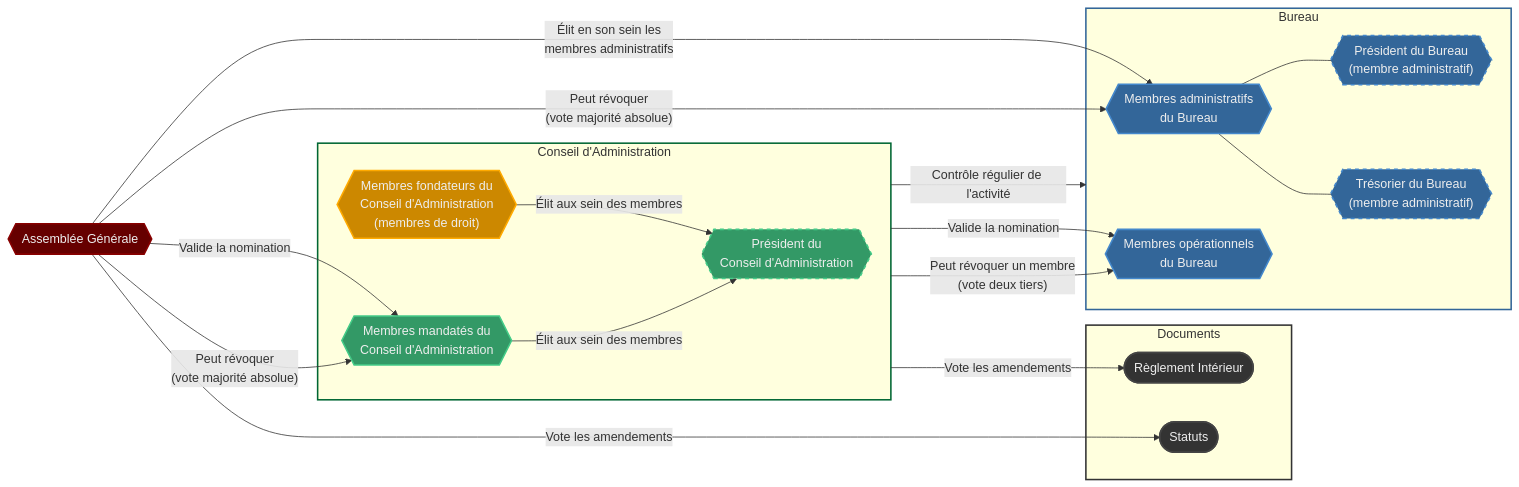
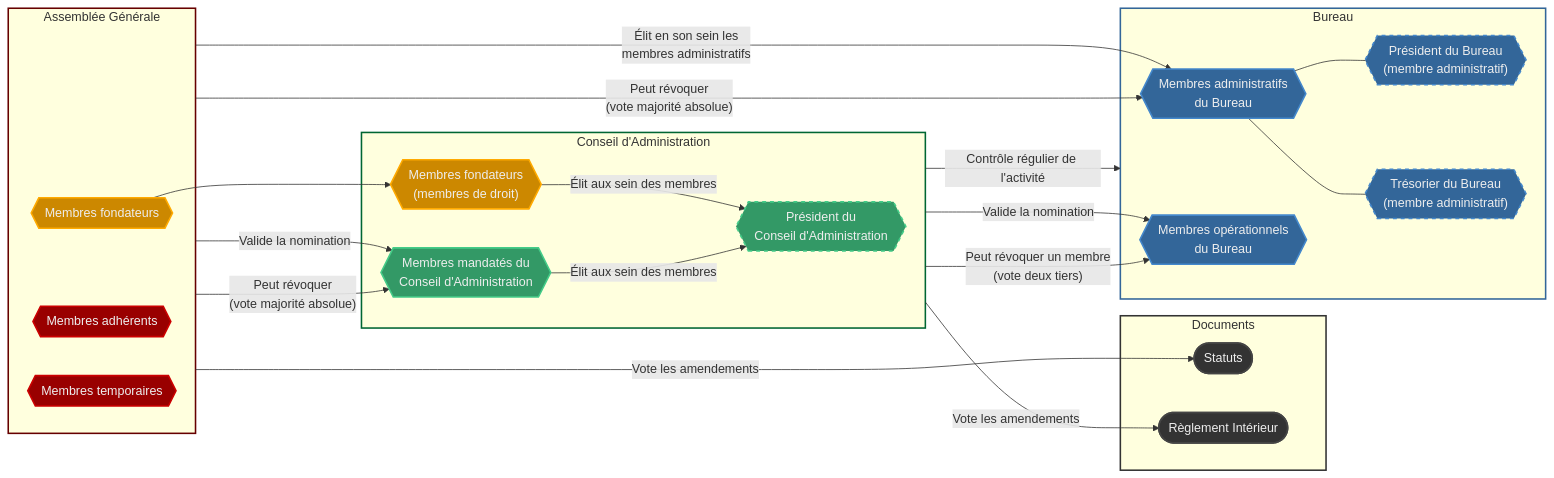
Before and after one commit to matiboux/FluffEvent-association-documents: the diagram in Instances.md, drawn with Mermaid.

Commit message:
Add member types in Instances graph

```diff
--- a/Instances.md
+++ b/Instances.md
@@ -4,6 +4,9 @@
 graph LR
 
 AG{{"Assemblée Générale"}}
+AGF{{"Membres fondateurs"}}
+AGA{{"Membres adhérents"}}
+AGT{{"Membres temporaires"}}
 
 BU{{"Bureau"}}
 BUA{{"Membres administratifs<br>du Bureau"}}
@@ -13,11 +16,17 @@
 
 CA{{"Conseil d'Administration"}}
 CAP{{"Président du<br>Conseil d'Administration"}}
-CAF{{"Membres fondateurs du<br>Conseil d'Administration<br>(membres de droit)"}}
+CAF{{"Membres fondateurs<br>(membres de droit)"}}
 CAM{{"Membres mandatés du<br>Conseil d'Administration"}}
 
 Statuts([Statuts])
 Reglement([Règlement Intérieur])
+
+subgraph AG[Assemblée Générale]
+  AGF
+  AGA
+  AGT
+end
 
 subgraph Docs[Documents]
   Statuts
@@ -37,6 +46,8 @@
   CAM
 end
 
+AGF --> CAF
+
 AG -->|"Élit en son sein les<br>membres administratifs"| BUA
 AG -->|"Peut révoquer<br>(vote majorité absolue)"| BUA
 
@@ -53,10 +64,13 @@
 CA -->|"Valide la nomination"| BUM
 CA -->|"Peut révoquer un membre<br>(vote deux tiers)"| BUM
 
+AG -->|"Vote les amendements"| Statuts
 CA -->|"Vote les amendements"| Reglement
-AG -->|"Vote les amendements"| Statuts
 
-style AG fill:#600,color:#eee,stroke:#800,stroke-width:2px
+style AG stroke:#600,stroke-width:2px
+style AGF fill:#c80,color:#eee,stroke:#fa0,stroke-width:2px
+style AGA fill:#900,color:#eee,stroke:#c00,stroke-width:2px
+style AGT fill:#900,color:#eee,stroke:#c00,stroke-width:2px
 
 style BU stroke:#369,stroke-width:2px
 style BUA fill:#369,color:#eee,stroke:#48c,stroke-width:2px
```
